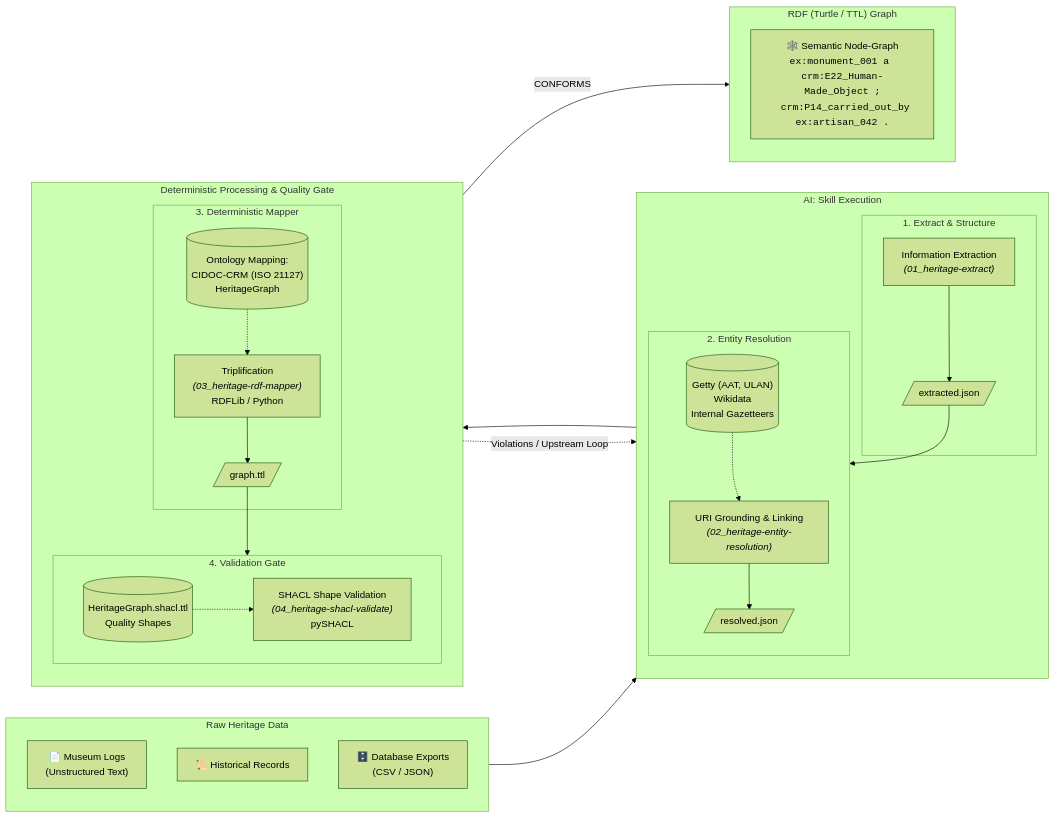
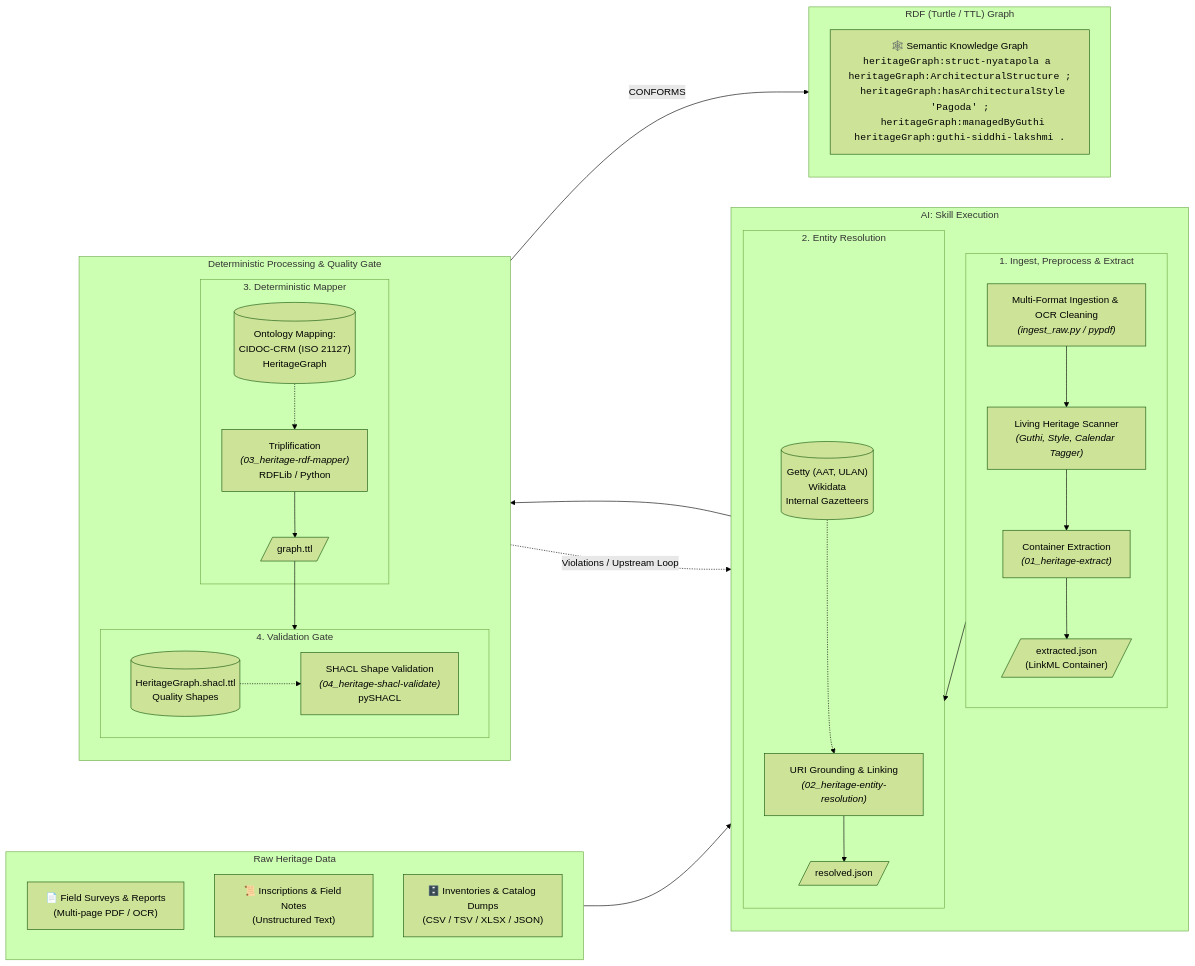
The diagram in README.md (CAIRNepal/hg-skill), drawn with Mermaid (forest theme) before and after one commit. The commit also changed other lines of this file and 2 other files, not shown here.

Commit message:
docs: update README, AGENTS, and pipeline architecture diagrams for PDF and multi-format support

````diff
--- a/README.md
+++ b/README.md
@@ -9,55 +9,58 @@
 ```mermaid
 flowchart LR
     subgraph RawData["Raw Heritage Data"]
         direction TB
-        R1["📄 Museum Logs<br/>(Unstructured Text)"]
-        R2["📜 Historical Records"]
-        R3["🗄️ Database Exports<br/>(CSV / JSON)"]
+        R1["📄 Field Surveys & Reports<br/>(Multi-page PDF / OCR)"]
+        R2["📜 Inscriptions & Field Notes<br/>(Unstructured Text)"]
+        R3["🗄️ Inventories & Catalog Dumps<br/>(CSV / TSV / XLSX / JSON)"]
     end
 
     subgraph AISkills["AI: Skill Execution"]
         direction TB
-        subgraph Stage1["1. Extract & Structure"]
-            S1["Information Extraction<br/><i>(01_heritage-extract)</i>"]
-            O1[/"extracted.json"/]
-            S1 --> O1
+        subgraph Stage1["1. Ingest, Preprocess & Extract"]
+            direction TB
+            Pre["Multi-Format Ingestion & OCR Cleaning<br/><i>(ingest_raw.py / pypdf)</i>"]
+            Scan["Living Heritage Scanner<br/><i>(Guthi, Style, Calendar Tagger)</i>"]
+            S1["Container Extraction<br/><i>(01_heritage-extract)</i>"]
+            O1[/"extracted.json<br/>(LinkML Container)"/]
+            Pre --> Scan --> S1 --> O1
         end
 
         subgraph Stage2["2. Entity Resolution"]
             S2["URI Grounding & Linking<br/><i>(02_heritage-entity-resolution)</i>"]
             O2[/"resolved.json"/]
             Vocab[("Getty (AAT, ULAN)<br/>Wikidata<br/>Internal Gazetteers")]
             Vocab -.-> S2
             S2 --> O2
         end
     end
 
     subgraph Deterministic["Deterministic Processing & Quality Gate"]
         direction TB
         subgraph Stage3["3. Deterministic Mapper"]
             S3["Triplification<br/><i>(03_heritage-rdf-mapper)</i><br/>RDFLib / Python"]
             Onto[("Ontology Mapping:<br/>CIDOC-CRM (ISO 21127)<br/>HeritageGraph")]
             Onto -.-> S3
             O3[/"graph.ttl"/]
             S3 --> O3
         end
 
         subgraph Stage4["4. Validation Gate"]
             S4["SHACL Shape Validation<br/><i>(04_heritage-shacl-validate)</i><br/>pySHACL"]
             Shapes[("HeritageGraph.shacl.ttl<br/>Quality Shapes")]
             Shapes -.-> S4
         end
     end
 
     subgraph OutputGraph["RDF (Turtle / TTL) Graph"]
         direction TB
-        Final["🕸️ Semantic Node-Graph<br/><code>ex:monument_001 a crm:E22_Human-Made_Object ;<br/>&nbsp;&nbsp;crm:P14_carried_out_by ex:artisan_042 .</code>"]
+        Final["🕸️ Semantic Knowledge Graph<br/><code>heritageGraph:struct-nyatapola a heritageGraph:ArchitecturalStructure ;<br/>&nbsp;&nbsp;heritageGraph:hasArchitecturalStyle 'Pagoda' ;<br/>&nbsp;&nbsp;heritageGraph:managedByGuthi heritageGraph:guthi-siddhi-lakshmi .</code>"]
     end
 
     RawData --> Stage1
     O1 --> Stage2
     O2 --> Stage3
     O3 --> Stage4
     Stage4 -->|CONFORMS| OutputGraph
     Stage4 -.->|Violations / Upstream Loop| Stage1
 ```
````
